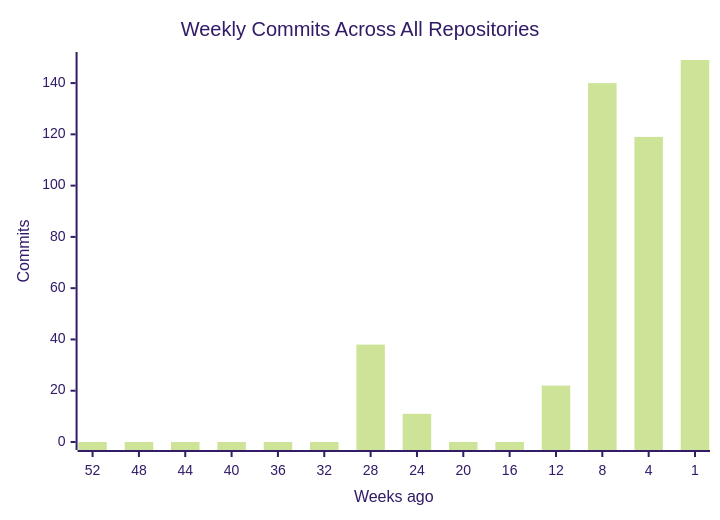
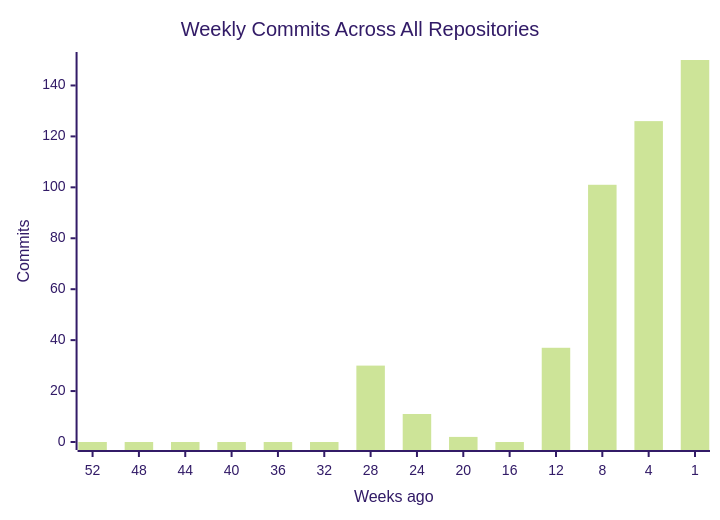
Before and after one commit to CSTH-Projects/.github: the first of 4 diagrams in profile/README.md, drawn with Mermaid (forest theme). The commit also changed other lines of this file, not shown here.

````diff
--- a/profile/README.md
+++ b/profile/README.md
@@ -16,7 +16,7 @@
 ```mermaid
 xychart-beta
     title "Weekly Commits Across All Repositories"
     x-axis "Weeks ago" [52, 48, 44, 40, 36, 32, 28, 24, 20, 16, 12, 8, 4, 1]
     y-axis "Commits"
-    bar [0, 0, 0, 0, 0, 0, 38, 11, 0, 0, 22, 140, 119, 149]
+    bar [0, 0, 0, 0, 0, 0, 30, 11, 2, 0, 37, 101, 126, 150]
 ```
````
